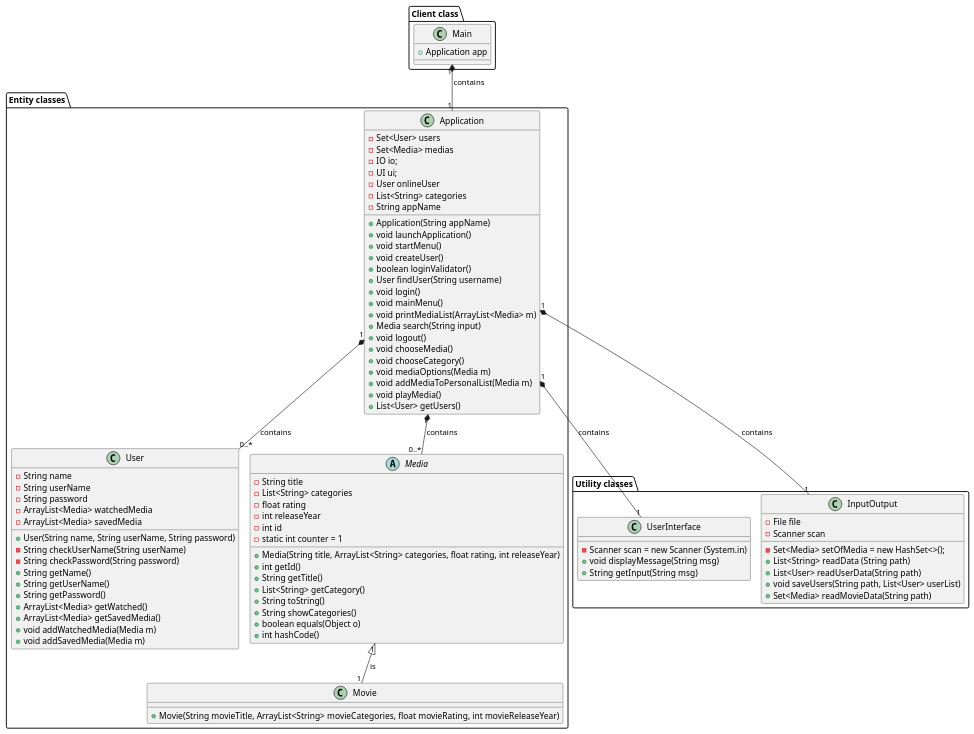
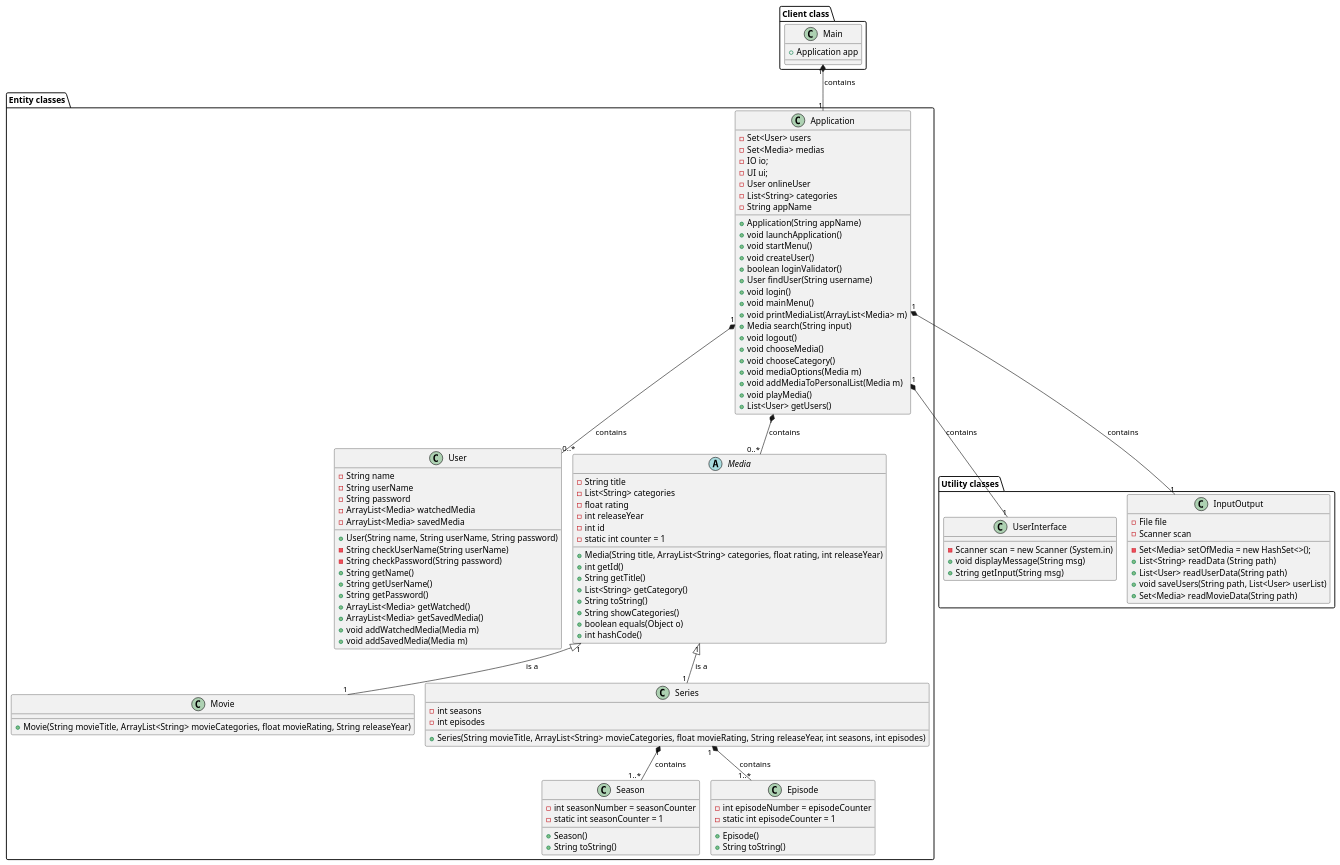
The diagram in out/production/SP3/Documents/classDiagram.puml (badranyoussef/SP3), drawn with PlantUML before and after one commit. The commit also changed 19 other files, not shown here.

```diff
--- a/out/production/SP3/Documents/classDiagram.puml
+++ b/out/production/SP3/Documents/classDiagram.puml
@@ -1,107 +1,126 @@
 @startuml
 'https://plantuml.com/class-diagram
 !pragma layout smetana
 
 'Client Package
 package "Client class"{
 class Main
 }
 
 'Utility Package
 package "Utility classes"{
 class UserInterface
 class InputOutput
 }
 
 'Entity Package
 package "Entity classes"{
 class Movie
 class Application
 class User
 abstract Media
+class Series
+class Season
+class Episode
 }
 
-'Label on Relations !MANGLER
+'Label on Relations
 Application "1" *-- "1" UserInterface: contains
 Application "1" *-- "1" InputOutput: contains
 Application "1" *-- "0..*" User: contains
 Application "1" *-- "0..*" Media: contains
-Media "1" <|-- "1" Movie: is
+Media "1" <|-- "1" Movie: is a
+Media "1" <|-- "1" Series: is a
 Main "1" *-- "1" Application: contains
+Series "1" *-- "1..*" Season: contains
+Series "1" *-- "1..*" Episode: contains
 
 'Class Methods & Attributes
 Main : + Application app
 
 Application : - Set<User> users
 Application : - Set<Media> medias
 Application : - IO io;
 Application : - UI ui;
 Application : - User onlineUser
 Application : - List<String> categories
 Application : - String appName
 Application : + Application(String appName)
 Application : + void launchApplication()
 Application : + void startMenu()
 Application : + void createUser()
 Application : + boolean loginValidator()
 Application : + User findUser(String username)
 Application : + void login()
 Application : + void mainMenu()
 Application : + void printMediaList(ArrayList<Media> m)
 Application : + Media search(String input)
 Application : + void logout()
 Application : + void chooseMedia()
 Application : + void chooseCategory()
 Application : + void mediaOptions(Media m)
 Application : + void addMediaToPersonalList(Media m)
 Application : + void playMedia()
 Application : + List<User> getUsers()
 
 User : - String name
 User : - String userName
 User : - String password
 User : - ArrayList<Media> watchedMedia
 User : - ArrayList<Media> savedMedia
 User : + User(String name, String userName, String password)
 User : - String checkUserName(String userName)
 User : - String checkPassword(String password)
 
 User : + String getName()
 User : + String getUserName()
 User : + String getPassword()
 User : + ArrayList<Media> getWatched()
 User : + ArrayList<Media> getSavedMedia()
 User : + void addWatchedMedia(Media m)
 User : + void addSavedMedia(Media m)
 
 InputOutput : - File file
 InputOutput : - Scanner scan
 InputOutput : - Set<Media> setOfMedia = new HashSet<>();
 InputOutput : + List<String> readData (String path)
 InputOutput : + List<User> readUserData(String path)
 InputOutput : + void saveUsers(String path, List<User> userList)
 InputOutput : + Set<Media> readMovieData(String path)
 
 UserInterface : - Scanner scan = new Scanner (System.in)
 UserInterface : + void displayMessage(String msg)
 UserInterface : + String getInput(String msg)
 
 Media : - String title
 Media : - List<String> categories
 Media : - float rating
 Media : - int releaseYear
 Media : - int id
 Media : - static int counter = 1
 Media : + Media(String title, ArrayList<String> categories, float rating, int releaseYear)
 Media : + int getId()
 Media : + String getTitle()
 Media : + List<String> getCategory()
 Media : + String toString()
 Media : + String showCategories()
 Media : + boolean equals(Object o)
 Media : + int hashCode()
 
-Movie : + Movie(String movieTitle, ArrayList<String> movieCategories, float movieRating, int movieReleaseYear)
+Movie : + Movie(String movieTitle, ArrayList<String> movieCategories, float movieRating, String releaseYear)
 
+Series : - int seasons
+Series : - int episodes
+Series : + Series(String movieTitle, ArrayList<String> movieCategories, float movieRating, String releaseYear, int seasons, int episodes)
+
+Season : - int seasonNumber = seasonCounter
+Season : - static int seasonCounter = 1
+Season : + Season()
+Season : + String toString()
+
+Episode : - int episodeNumber = episodeCounter
+Episode : - static int episodeCounter = 1
+Episode : + Episode()
+Episode : + String toString()
 
 @enduml
```
